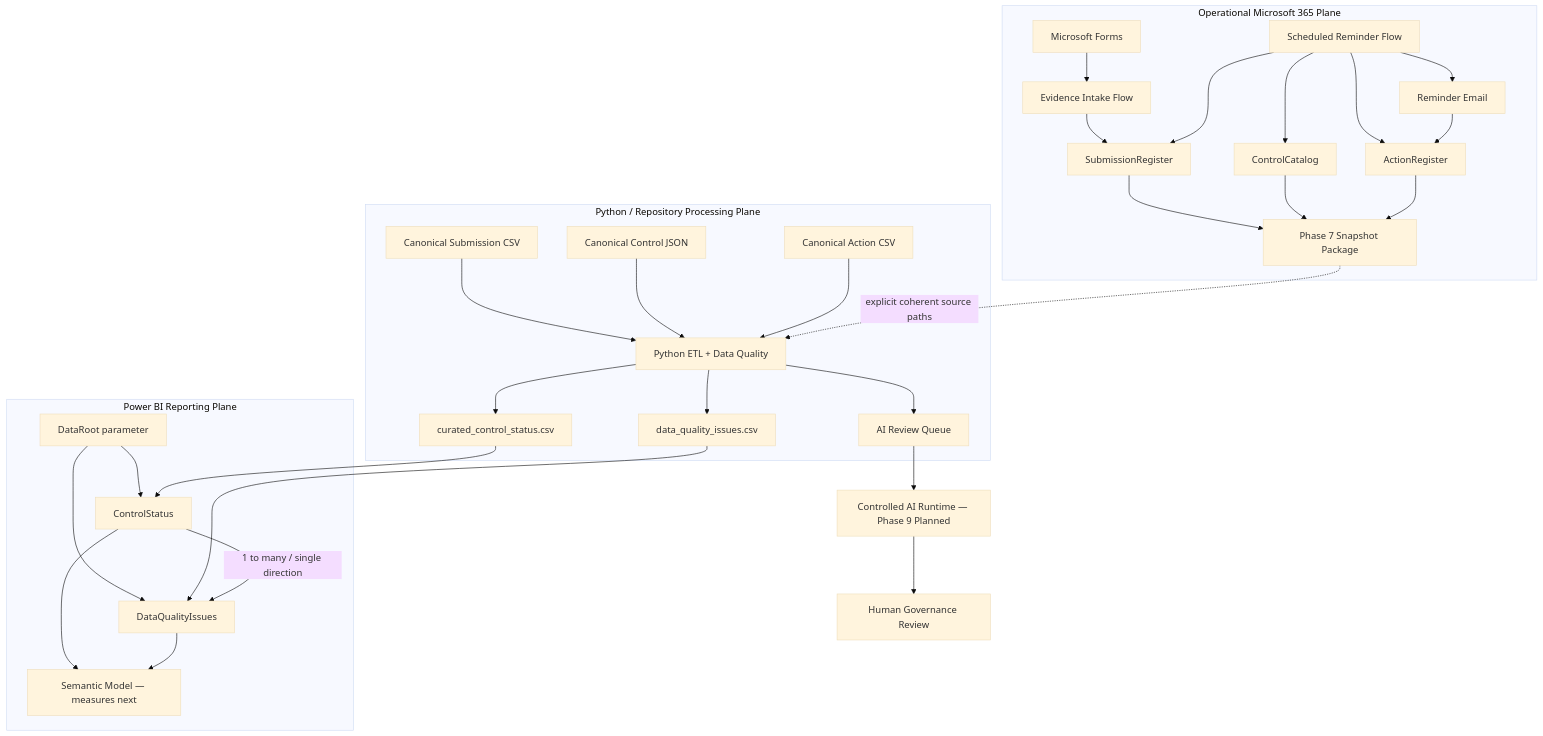
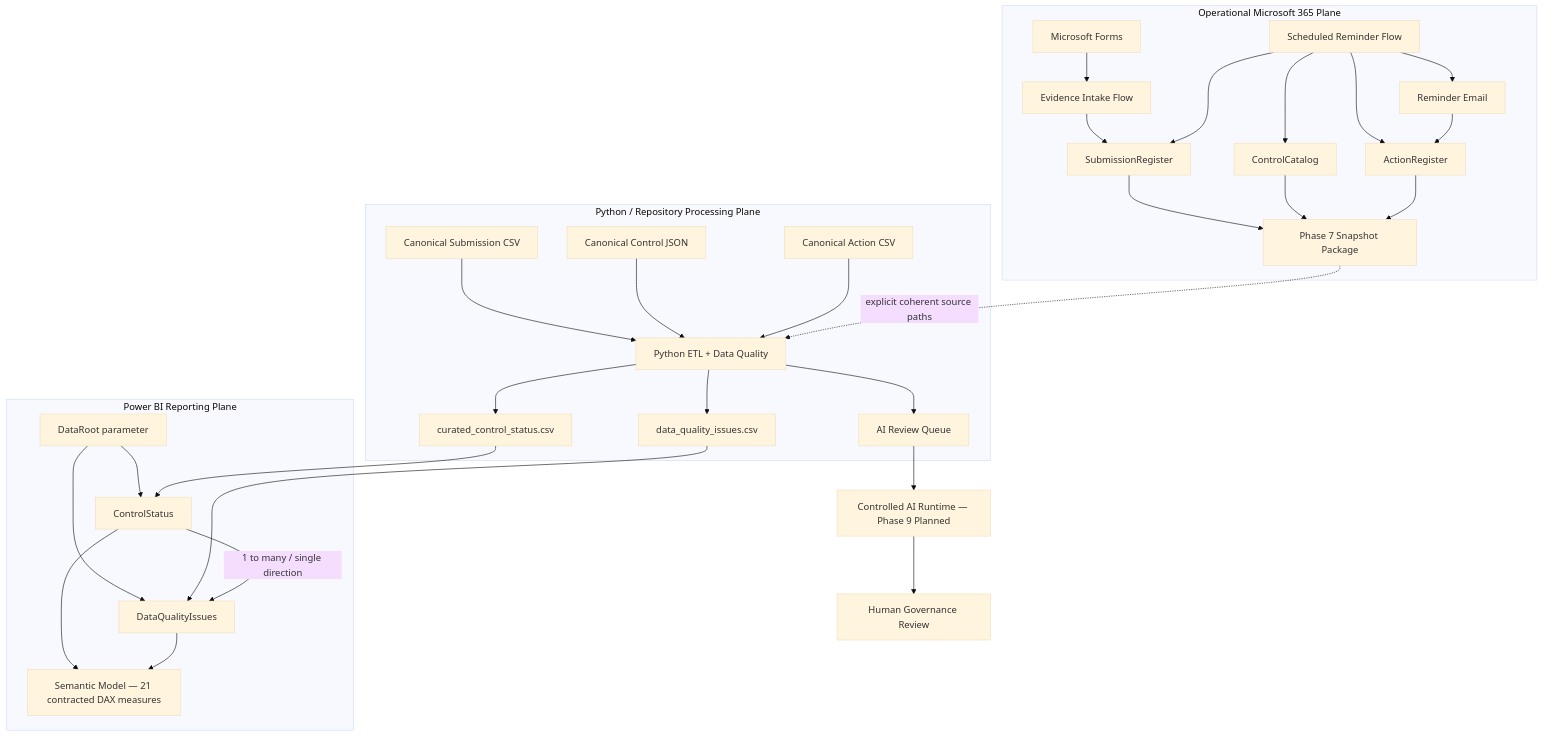
One commit to gw-ai-security/cyber-governance-automation-lab changed the diagram in docs/architecture.md. Above: the diagram before and after it, drawn with Mermaid (base theme). The commit also changed other lines of this file, not shown here.

Commit message:
docs: align architecture with Phase 8.5 measures

````diff
--- a/docs/architecture.md
+++ b/docs/architecture.md
@@ -123,40 +134,40 @@
 ```mermaid
 flowchart TD
     subgraph OP[Operational Microsoft 365 Plane]
         A[Microsoft Forms] --> B[Evidence Intake Flow]
         B --> C[SubmissionRegister]
 
         D[Scheduled Reminder Flow] --> C
         D --> E[ControlCatalog]
         D --> F[ActionRegister]
         D --> G[Reminder Email]
         G --> F
 
         C --> S[Phase 7 Snapshot Package]
         E --> S
         F --> S
     end
 
     subgraph PY[Python / Repository Processing Plane]
         H[Canonical Submission CSV] --> K[Python ETL + Data Quality]
         I[Canonical Control JSON] --> K
         J[Canonical Action CSV] --> K
         S -. explicit coherent source paths .-> K
         K --> L[curated_control_status.csv]
         K --> M[data_quality_issues.csv]
         K --> N[AI Review Queue]
     end
 
     subgraph BI[Power BI Reporting Plane]
         DR[DataRoot parameter] --> CS[ControlStatus]
         DR --> DQ[DataQualityIssues]
         L --> CS
         M --> DQ
         CS -->|1 to many / single direction| DQ
-        CS --> SM[Semantic Model — measures next]
+        CS --> SM[Semantic Model — 21 contracted DAX measures]
         DQ --> SM
     end
 
     N --> Q[Controlled AI Runtime — Phase 9 Planned]
     Q --> R[Human Governance Review]
 ```
````
